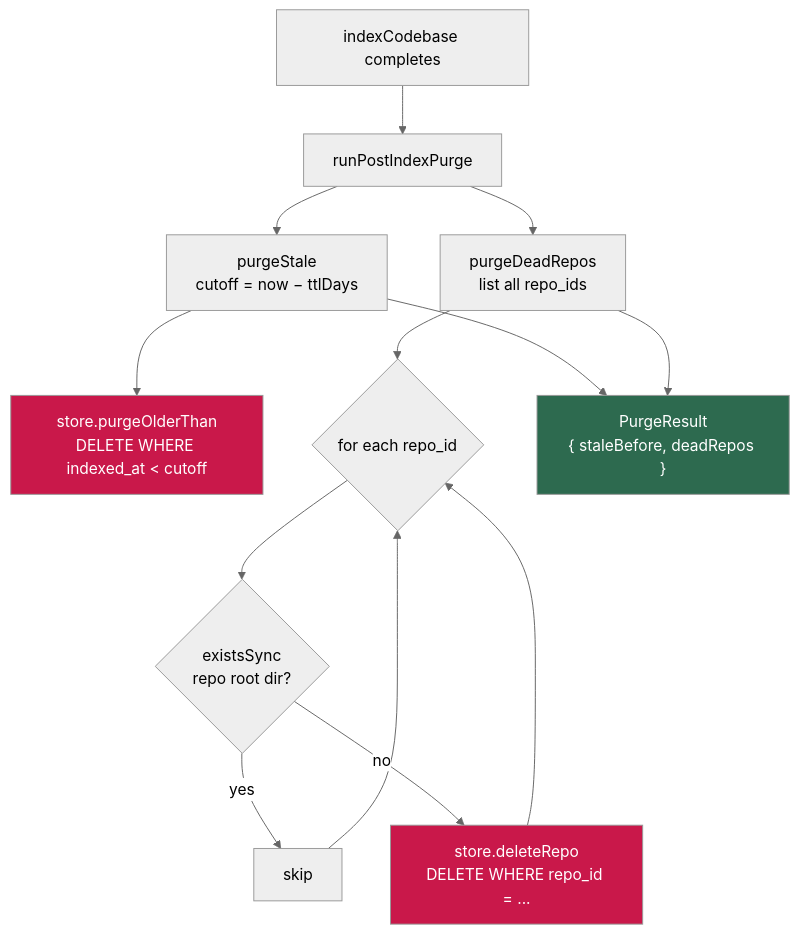
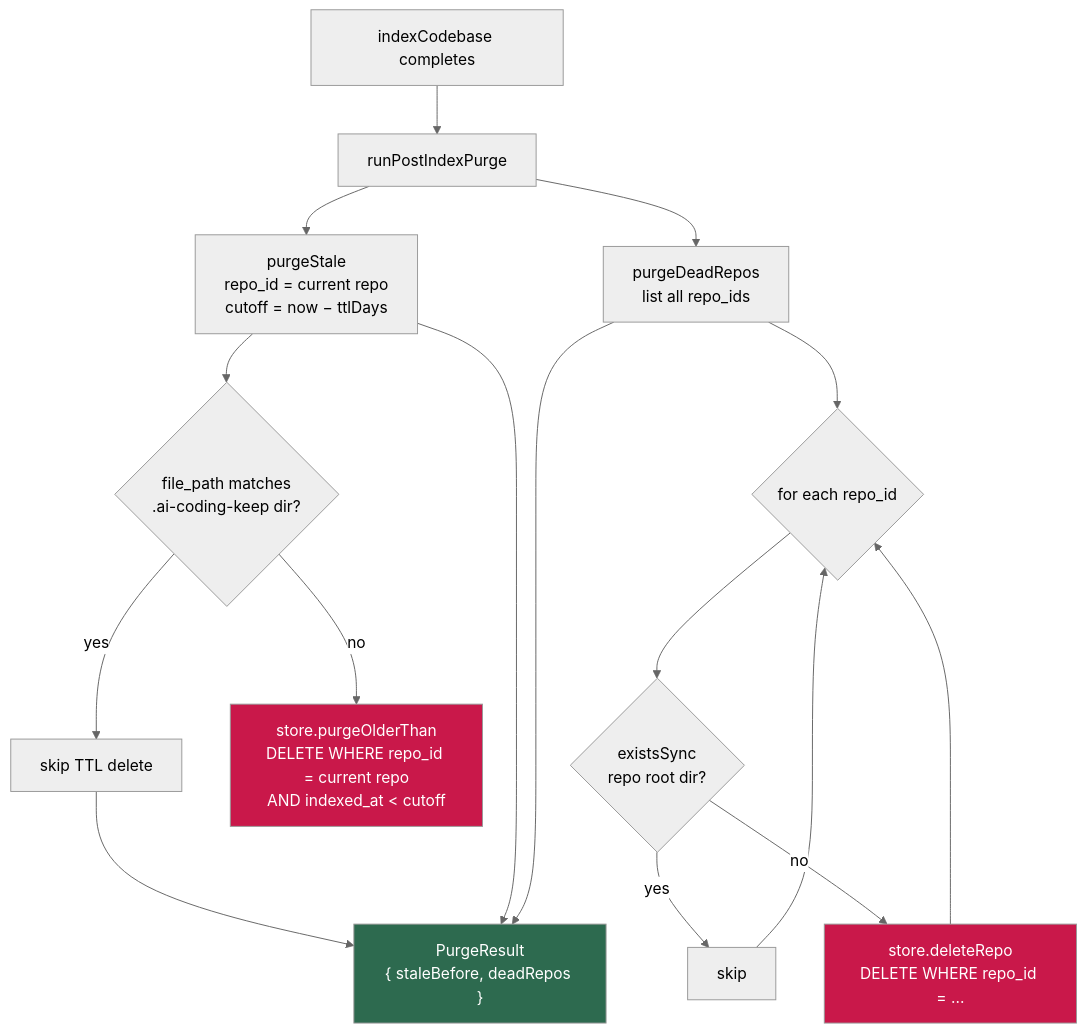
One commit to vansweej/ai-coding changed the eighth of 8 diagrams in docs/codebase-indexer.md. Above: the diagram before and after it, drawn with Mermaid (neutral theme). The commit also changed other lines of this file and 11 other files, not shown here.

First line of the commit message:
fix(codebase): scope TTL purge to indexed repo

````diff
--- a/docs/codebase-indexer.md
+++ b/docs/codebase-indexer.md
@@ -355,22 +355,25 @@
 ```mermaid
 flowchart TD
     IC[indexCodebase completes] --> PG[runPostIndexPurge]
 
-    PG --> TTL[purgeStale\ncutoff = now − ttlDays]
-    TTL --> DEL1["store.purgeOlderThan\nDELETE WHERE indexed_at < cutoff"]
+    PG --> TTL[purgeStale\nrepo_id = current repo\ncutoff = now − ttlDays]
+    TTL --> EXEMPT{file_path matches\n.ai-coding-keep dir?}
+    EXEMPT -->|yes| KEEP_TTL[skip TTL delete]
+    EXEMPT -->|no| DEL1["store.purgeOlderThan\nDELETE WHERE repo_id = current repo\nAND indexed_at < cutoff"]
 
     PG --> DEAD[purgeDeadRepos\nlist all repo_ids]
     DEAD --> LOOP{for each repo_id}
     LOOP --> EXISTS{existsSync\nrepo root dir?}
     EXISTS -->|yes| KEEP[skip]
     EXISTS -->|no| DEL2["store.deleteRepo\nDELETE WHERE repo_id = ..."]
     DEL2 --> LOOP
     KEEP --> LOOP
+    KEEP_TTL --> RESULT
 
     TTL --> RESULT["PurgeResult\n{ staleBefore, deadRepos }"]
     DEAD --> RESULT
 
     style DEL1 fill:#c9184a,color:#fff
     style DEL2 fill:#c9184a,color:#fff
     style RESULT fill:#2d6a4f,color:#fff
 ```
````
